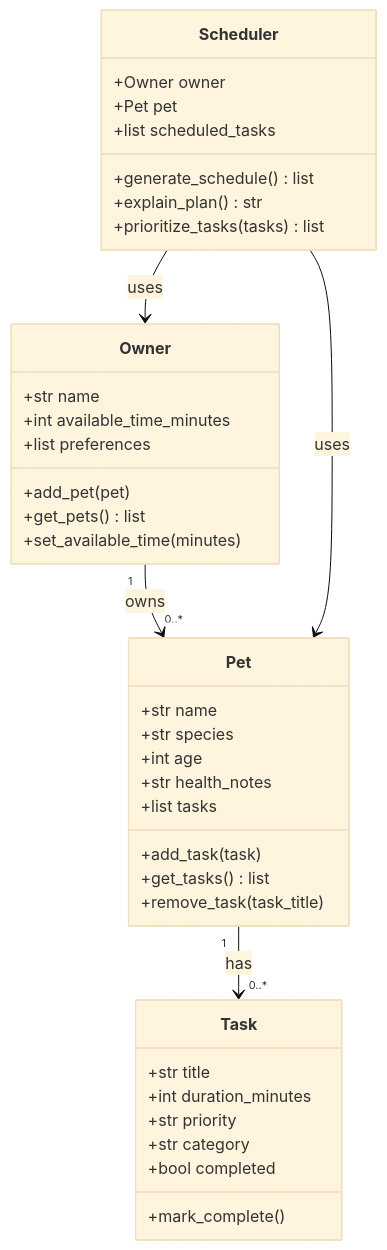
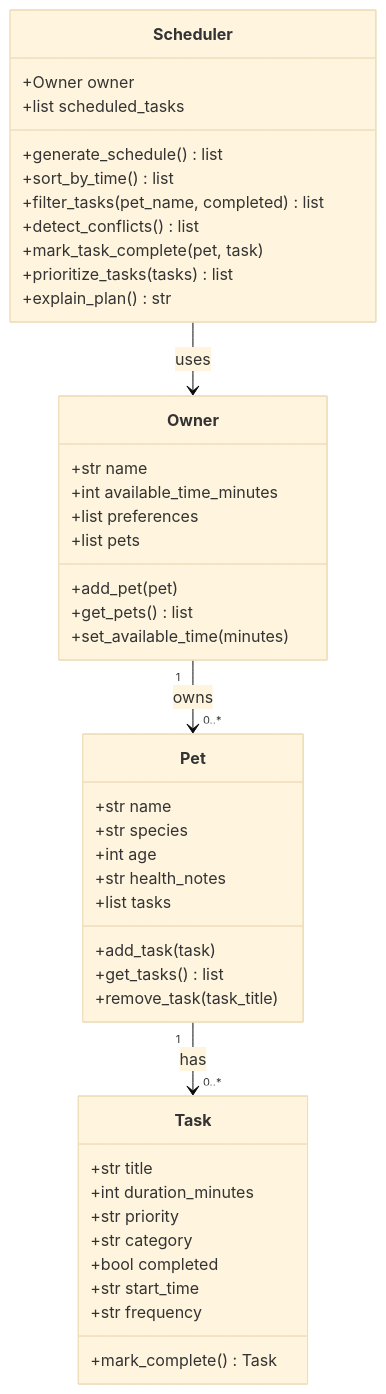
One commit to jose-r993/ai110-module2show-pawpal-starter changed the diagram in reflection.md. Above: the diagram before and after it, drawn with Mermaid (base theme). The commit also changed other lines of this file and 2 other files, not shown here.

Commit message:
feat: finalize UI, update UML, complete reflection

````diff
--- a/reflection.md
+++ b/reflection.md
@@ -13,45 +13,50 @@
 ```mermaid
 classDiagram
     class Owner {
         +str name
         +int available_time_minutes
         +list preferences
+        +list pets
         +add_pet(pet)
         +get_pets() list
         +set_available_time(minutes)
     }
 
     class Pet {
         +str name
         +str species
         +int age
         +str health_notes
         +list tasks
         +add_task(task)
         +get_tasks() list
         +remove_task(task_title)
     }
 
     class Task {
         +str title
         +int duration_minutes
         +str priority
         +str category
         +bool completed
-        +mark_complete()
+        +str start_time
+        +str frequency
+        +mark_complete() Task
     }
 
     class Scheduler {
         +Owner owner
-        +Pet pet
         +list scheduled_tasks
         +generate_schedule() list
+        +sort_by_time() list
+        +filter_tasks(pet_name, completed) list
+        +detect_conflicts() list
+        +mark_task_complete(pet, task)
+        +prioritize_tasks(tasks) list
         +explain_plan() str
-        +prioritize_tasks(tasks) list
     }
 
     Owner "1" --> "0..*" Pet : owns
     Pet "1" --> "0..*" Task : has
     Scheduler --> Owner : uses
-    Scheduler --> Pet : uses
 ```
````
